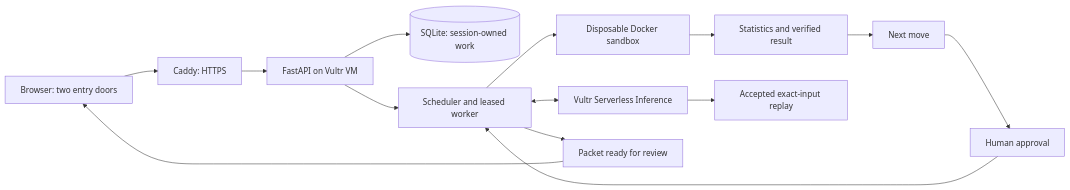
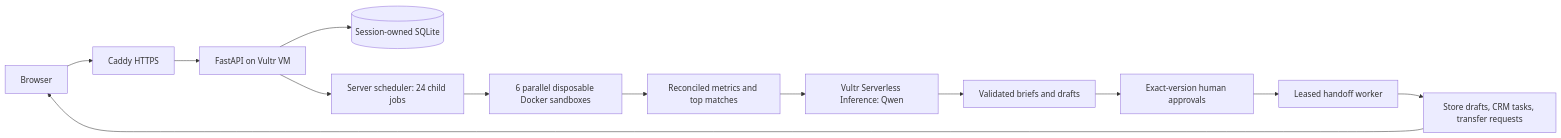
The diagram in README.md (Jsjk112344/proofdesk), drawn with Mermaid before and after one commit. The commit also changed other lines of this file and 23 other files, not shown here.

````diff
--- a/README.md
+++ b/README.md
@@ -26,16 +27,15 @@
 ```mermaid
 flowchart LR
-  Browser[Browser: two entry doors] --> Caddy[Caddy: HTTPS]
+  Browser[Browser] --> Caddy[Caddy HTTPS]
   Caddy --> API[FastAPI on Vultr VM]
-  API --> Store[(SQLite: session-owned work)]
-  API --> Scheduler[Scheduler and leased worker]
-  Scheduler --> Sandbox[Disposable Docker sandbox]
-  Sandbox --> Metrics[Statistics and verified result]
-  Scheduler <--> Inference[Vultr Serverless Inference]
-  Inference --> Replay[Accepted exact-input replay]
-  Metrics --> Move[Next move]
-  Move --> Approval[Human approval]
-  Approval --> Scheduler
-  Scheduler --> Packet[Packet ready for review]
-  Packet --> Browser
+  API --> Store[(Session-owned SQLite)]
+  API --> Scheduler[Server scheduler: 24 child jobs]
+  Scheduler --> Sandboxes[6 parallel disposable Docker sandboxes]
+  Sandboxes --> Metrics[Reconciled metrics and top matches]
+  Metrics --> Inference[Vultr Serverless Inference: Qwen]
+  Inference --> Contracts[Validated briefs and drafts]
+  Contracts --> Approval[Exact-version human approvals]
+  Approval --> Worker[Leased handoff worker]
+  Worker --> Downloads[Store drafts, CRM tasks, transfer requests]
+  Downloads --> Browser
 ```
````
